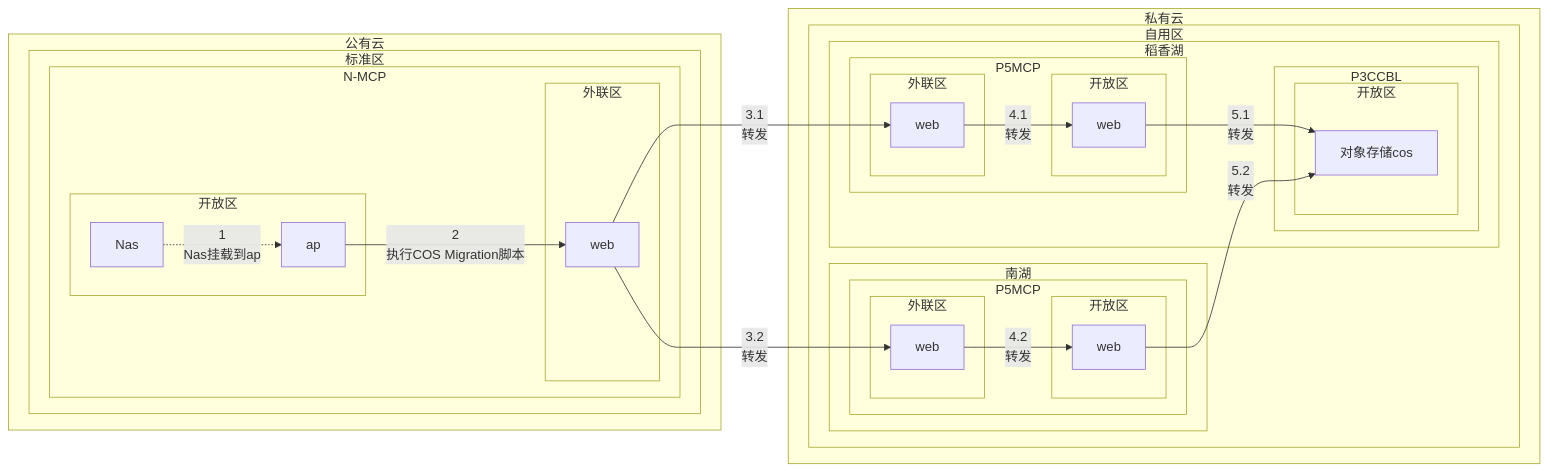
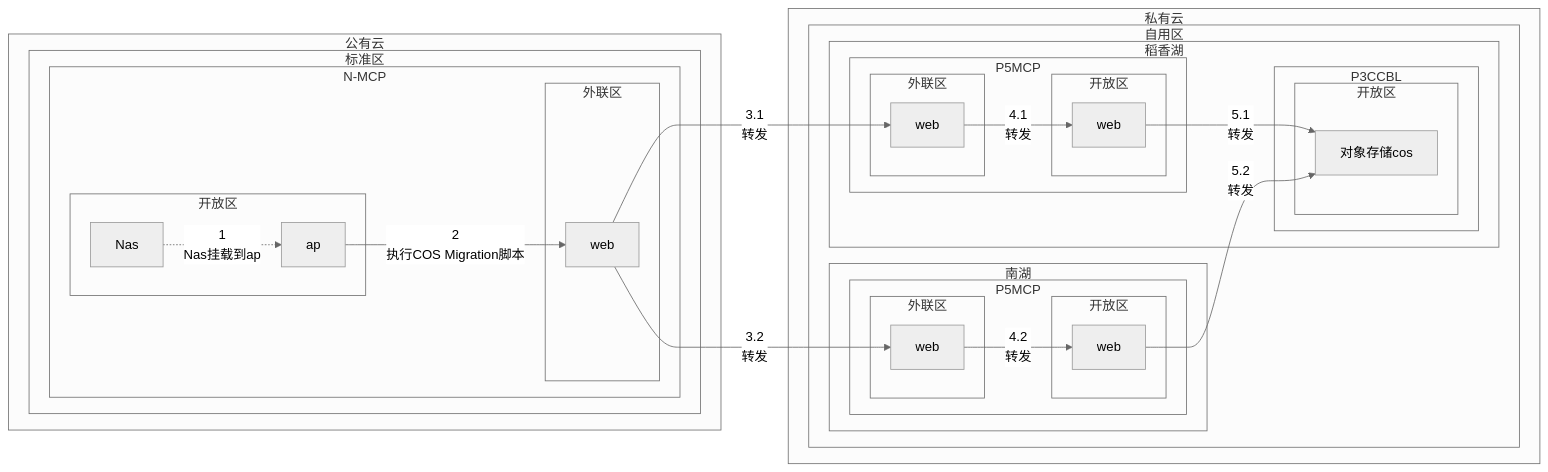
Before and after one commit to liyiye/C4-PlantUML: the fourth of 4 diagrams in 文件存储方案.md, drawn with Mermaid. The commit also changed other lines of this file, not shown here.

````diff
--- a/文件存储方案.md
+++ b/文件存储方案.md
@@ -168,55 +170,56 @@
 ```mermaid
+%%{init: {'theme': 'neutral'}}%%
 flowchart LR
    
 subgraph 私有云
    subgraph 自用区
 
        subgraph 稻香湖
            subgraph P3CCBL
                subgraph 开放区_P3[开放区]
                    cos[对象存储cos]
                end
            end
            subgraph P5MCP_D[P5MCP]
                subgraph 外联区_D[外联区]
                    P5MCP_WB_D[web]
                end
                subgraph 开放区_D[开放区]
                    P5MCP_AP_D[web]
                end
            end
        end
        subgraph 南湖
            subgraph P5MCP_N[P5MCP]
                subgraph 外联区_N[外联区]
                    P5MCP_WB_N[web]
                end
                subgraph 开放区_N[开放区]
                    P5MCP_AP_N[web]
                end
            end
        end
    end
 end
 subgraph 公有云
     subgraph 标准区
         subgraph N-MCP
             subgraph 外联区_B[外联区]
                 N-MCP_WB[web]
             end
             subgraph 开放区_B[开放区]
                 N-MCP_AP[ap]
                 Nas
             end
         end
     end
  end
     Nas-.->|1<br>Nas挂载到ap|N-MCP_AP
     N-MCP_AP-->|2<br>执行COS Migration脚本|N-MCP_WB
     N-MCP_WB-->|3.1<br>转发|P5MCP_WB_D
     N-MCP_WB-->|3.2<br>转发|P5MCP_WB_N
     P5MCP_WB_D-->|4.1<br>转发|P5MCP_AP_D
     P5MCP_WB_N-->|4.2<br>转发|P5MCP_AP_N
     P5MCP_AP_D-->|5.1<br>转发|cos
     P5MCP_AP_N-->|5.2<br>转发|cos
 ```
````
